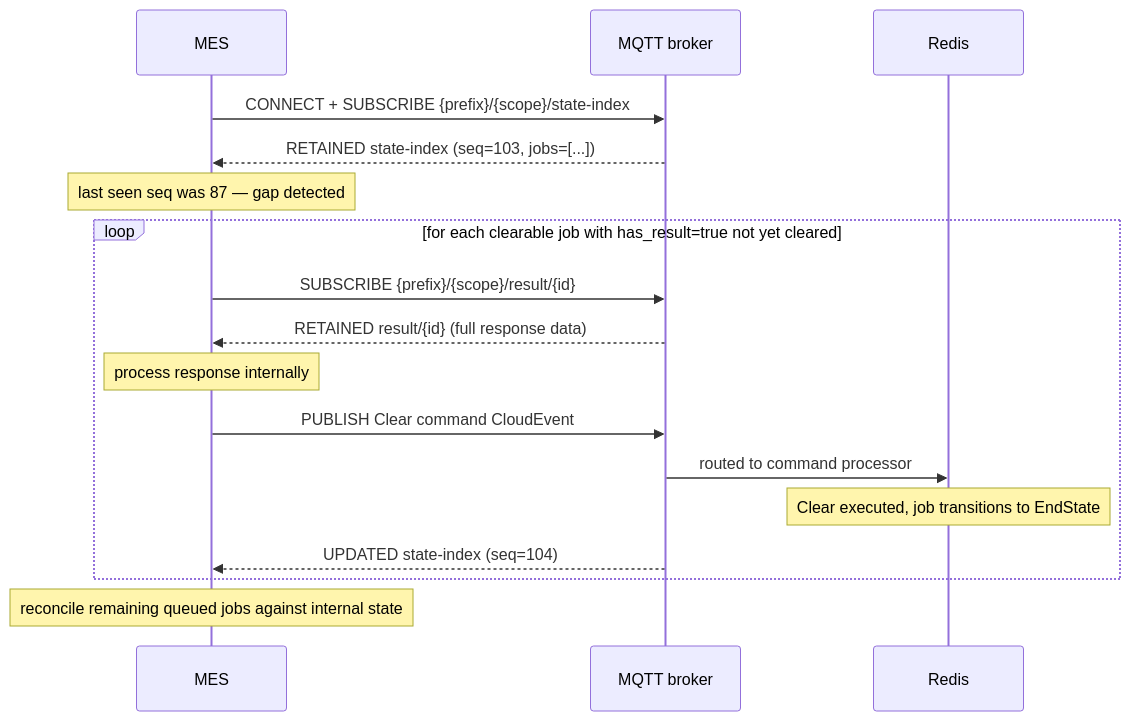
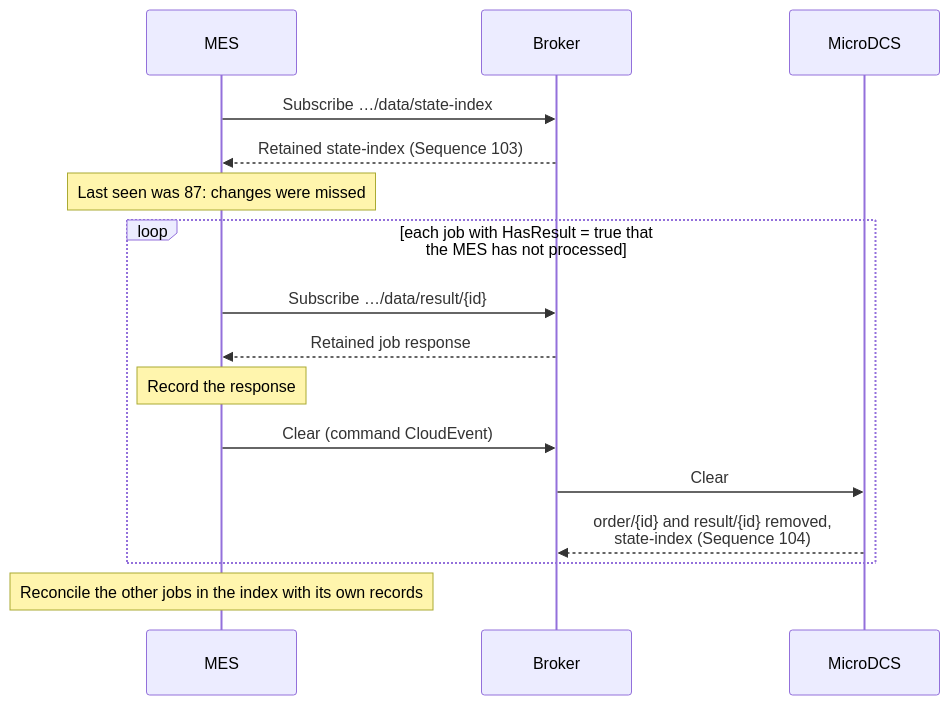
The second of 2 diagrams in docs/machinery-jobs-mes-publishing.md (aschamberger/microdcs), drawn with Mermaid before and after one commit. The commit also changed other lines of this file and 42 other files, not shown here.

````diff
--- a/docs/machinery-jobs-mes-publishing.md
+++ b/docs/machinery-jobs-mes-publishing.md
@@ -155,22 +132,21 @@
 ```mermaid
 sequenceDiagram
   participant MES
-  participant Broker as MQTT broker
-  participant Redis
+  participant Broker
+  participant DCS as MicroDCS
 
-  MES->>Broker: CONNECT + SUBSCRIBE {prefix}/{scope}/state-index
-  Broker-->>MES: RETAINED state-index (seq=103, jobs=[...])
-  note over MES: last seen seq was 87 — gap detected
+  MES->>Broker: Subscribe …/data/state-index
+  Broker-->>MES: Retained state-index (Sequence 103)
+  Note over MES: Last seen was 87: changes were missed
 
-  loop for each clearable job with has_result=true not yet cleared
-    MES->>Broker: SUBSCRIBE {prefix}/{scope}/result/{id}
-    Broker-->>MES: RETAINED result/{id} (full response data)
-    note over MES: process response internally
-    MES->>Broker: PUBLISH Clear command CloudEvent
-    Broker->>Redis: routed to command processor
-    note over Redis: Clear executed, job transitions to EndState
-    Broker-->>MES: UPDATED state-index (seq=104)
+  loop each job with HasResult = true that the MES has not processed
+    MES->>Broker: Subscribe …/data/result/{id}
+    Broker-->>MES: Retained job response
+    Note over MES: Record the response
+    MES->>Broker: Clear (command CloudEvent)
+    Broker->>DCS: Clear
+    DCS-->>Broker: order/{id} and result/{id} removed,<br/>state-index (Sequence 104)
   end
 
-  note over MES: reconcile remaining queued jobs against internal state
+  Note over MES: Reconcile the other jobs in the index with its own records
 ```
````
